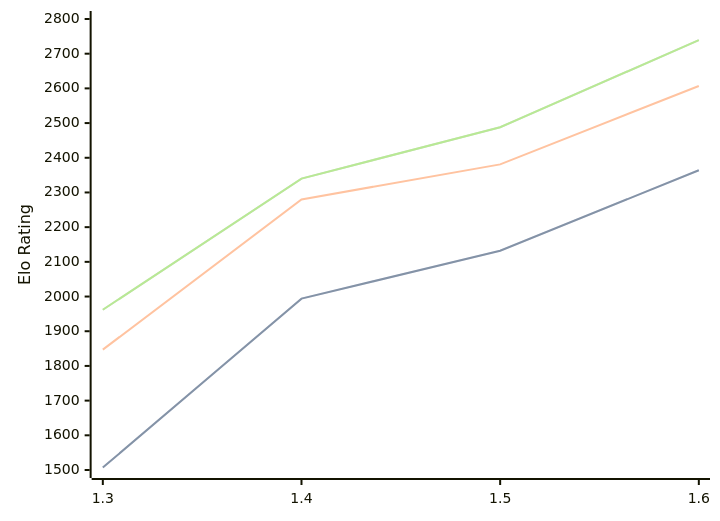
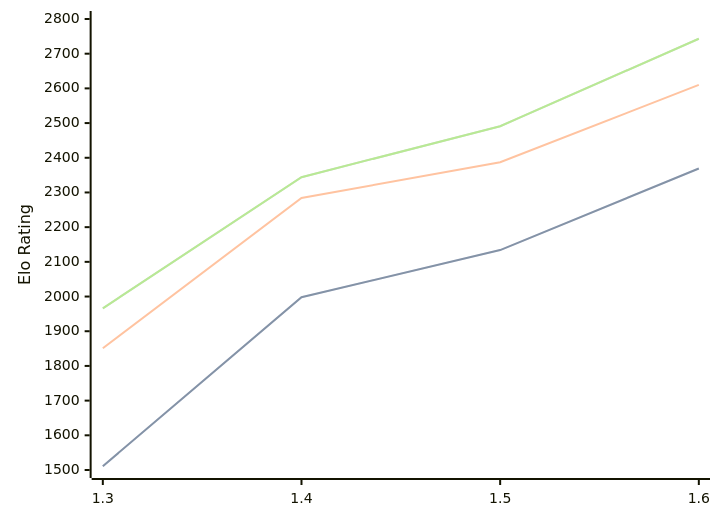
The diagram in engines/Facon.md (computer-chess-index/cci), drawn with Mermaid before and after one commit. The commit also changed other lines of this file, not shown here.

Commit message:
Update CCI Ratings (ELO VLTC) - 2026-08-18

````diff
--- a/engines/Facon.md
+++ b/engines/Facon.md
@@ -35,11 +35,11 @@
 ```mermaid
 %%{init: {"theme":"base","themeVariables":{"seriesColors:['#a3a3a3','#222221','#faa371']}}}%%
 xychart-beta
   x-axis ["1.3", "1.4", "1.5", "1.6"]
   y-axis "Elo Rating" 1500 --> 2800
-  line "STC (8.0+0.08s)" [1507, 1994, 2132, 2364]
-  line "STC (8.0+0.08s)" [1507, 1994, 2132, 2364]
-  line "LTC (60.0+0.60s)" [1847, 2280, 2381, 2607]
-  line "VLTC (2m24s+1.12s)" [1962, 2340, 2488, 2739]
-  line "VLTC (2m24s+1.12s)" [1962, 2340, 2488, 2739]
+  line "STC (8.0+0.08s)" [1511, 1998, 2134, 2369]
+  line "STC (8.0+0.08s)" [1511, 1998, 2134, 2369]
+  line "LTC (60.0+0.60s)" [1851, 2284, 2387, 2610]
+  line "VLTC (2m24s+1.12s)" [1966, 2344, 2491, 2743]
+  line "VLTC (2m24s+1.12s)" [1966, 2344, 2491, 2743]
 ```
````
